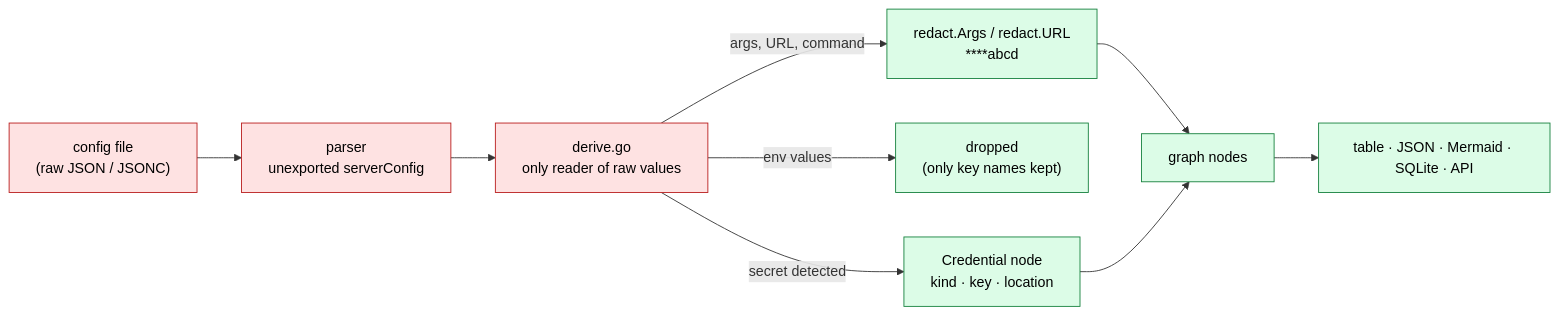
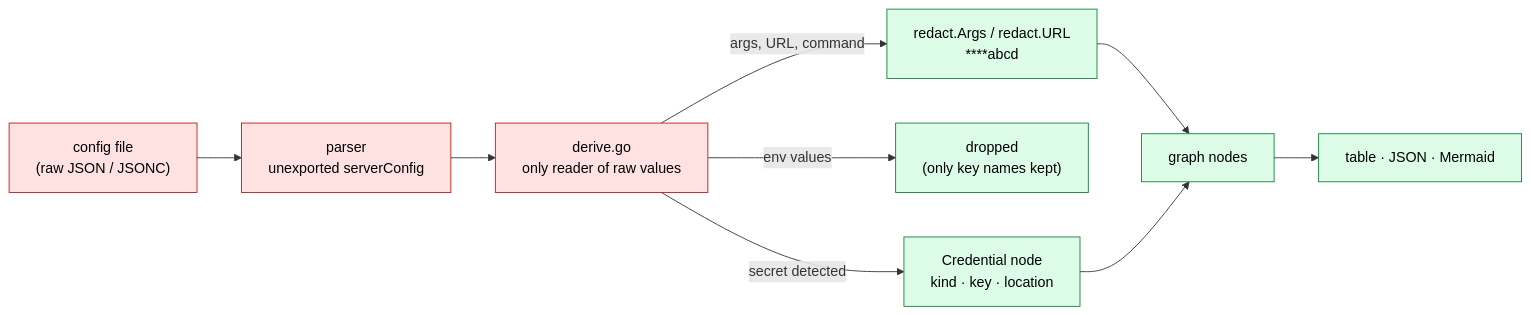
Before and after one commit to pilsu-choi/mcpgraph: the eighth of 8 diagrams in README.md, drawn with Mermaid. The commit also changed other lines of this file and 121 other files, not shown here.

````diff
--- a/README.md
+++ b/README.md
@@ -290,15 +294,15 @@
 ```mermaid
 flowchart LR
   F["config file<br/>(raw JSON / JSONC)"] --> P["parser<br/>unexported serverConfig"]
   P --> D["derive.go<br/>only reader of raw values"]
   D -->|"args, URL, command"| RD["redact.Args / redact.URL<br/>****abcd"]
   D -->|"env values"| X["dropped<br/>(only key names kept)"]
   D -->|"secret detected"| CR["Credential node<br/>kind · key · location"]
   RD --> N["graph nodes"]
   CR --> N
-  N --> O["table · JSON · Mermaid · SQLite · API"]
+  N --> O["table · JSON · Mermaid"]
   classDef safe fill:#dcfce7,stroke:#15803d,color:#000
   classDef raw fill:#fee2e2,stroke:#b91c1c,color:#000
   class F,P,D raw
   class RD,CR,N,O,X safe
 ```
````
